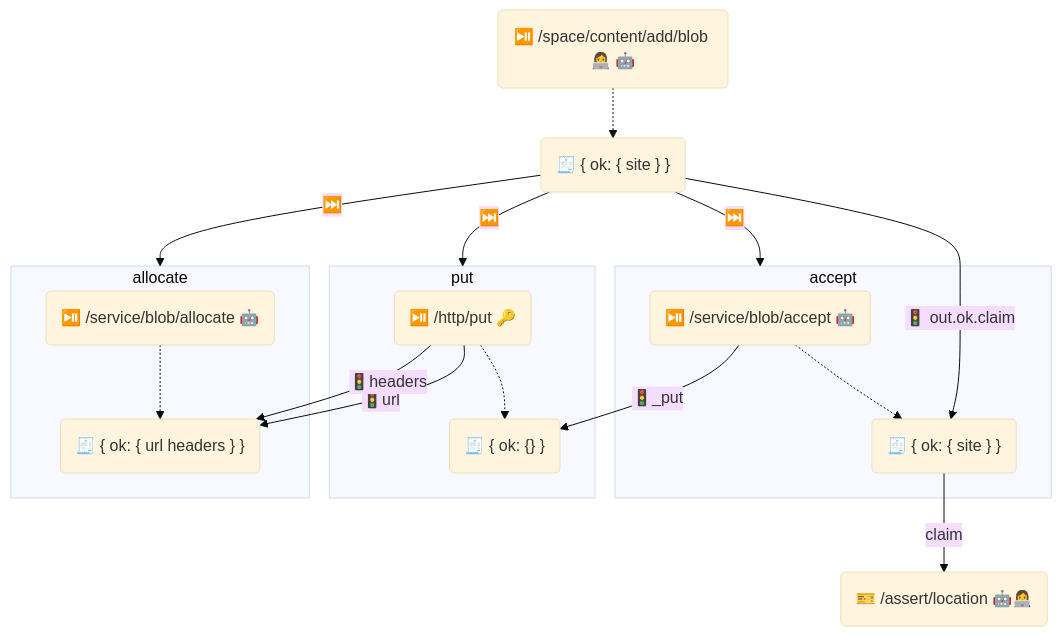
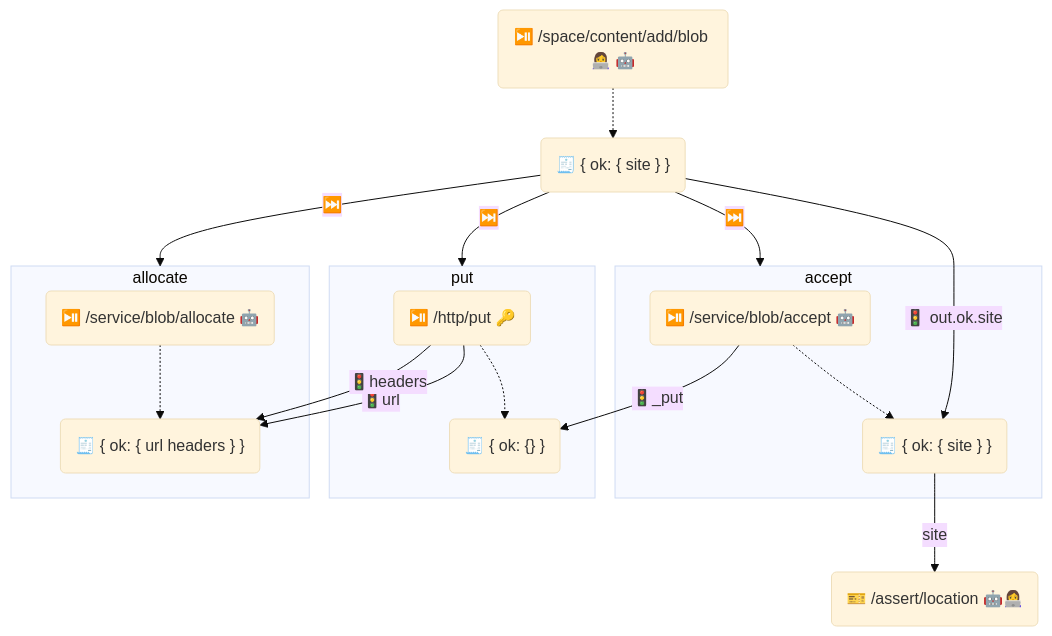
The diagram in w3-blob.md (storacha/specs), drawn with Mermaid (base theme) before and after one commit. The commit also changed other lines of this file, not shown here.

Commit message:
Apply suggestions from code review

````diff
--- a/w3-blob.md
+++ b/w3-blob.md
@@ -56,47 +56,47 @@
 ```mermaid
 flowchart TB
 Add("⏯️ /space/content/add/blob 👩‍💻 🤖")
 AddOk("🧾 { ok: { site } }")
 
 
 subgraph accept
 Accept("⏯️ /service/blob/accept 🤖")
 AcceptOk("🧾 { ok: { site } }")
 end
 
 subgraph put
 Put("⏯️ /http/put 🔑")
 PutOk("🧾 { ok: {} }")
 end
 
 
 subgraph allocate
 Allocate("⏯️ /service/blob/allocate 🤖")
 AllocateOk("🧾 { ok: { url headers } }")
 end
 
-Claim("🎫 /assert/location 🤖👩‍💻")
+Site("🎫 /assert/location 🤖👩‍💻")
 
 
 
 Add -.-> AddOk
 AddOk -- ⏭️ --> allocate
 AddOk -- ⏭️ --> put
 AddOk -- ⏭️ --> accept
-AddOk -- 🚦 out.ok.claim --> AcceptOk
+AddOk -- 🚦 out.ok.site --> AcceptOk
 
 
 
 Allocate -.-> AllocateOk
 
 Put -- 🚦url --> AllocateOk
 Put -- 🚦headers --> AllocateOk
 
 Put -.-> PutOk
 
 
 
 Accept -- 🚦_put --> PutOk
 Accept -.-> AcceptOk
-AcceptOk -- claim --> Claim
+AcceptOk -- site --> Site
 ```
````
